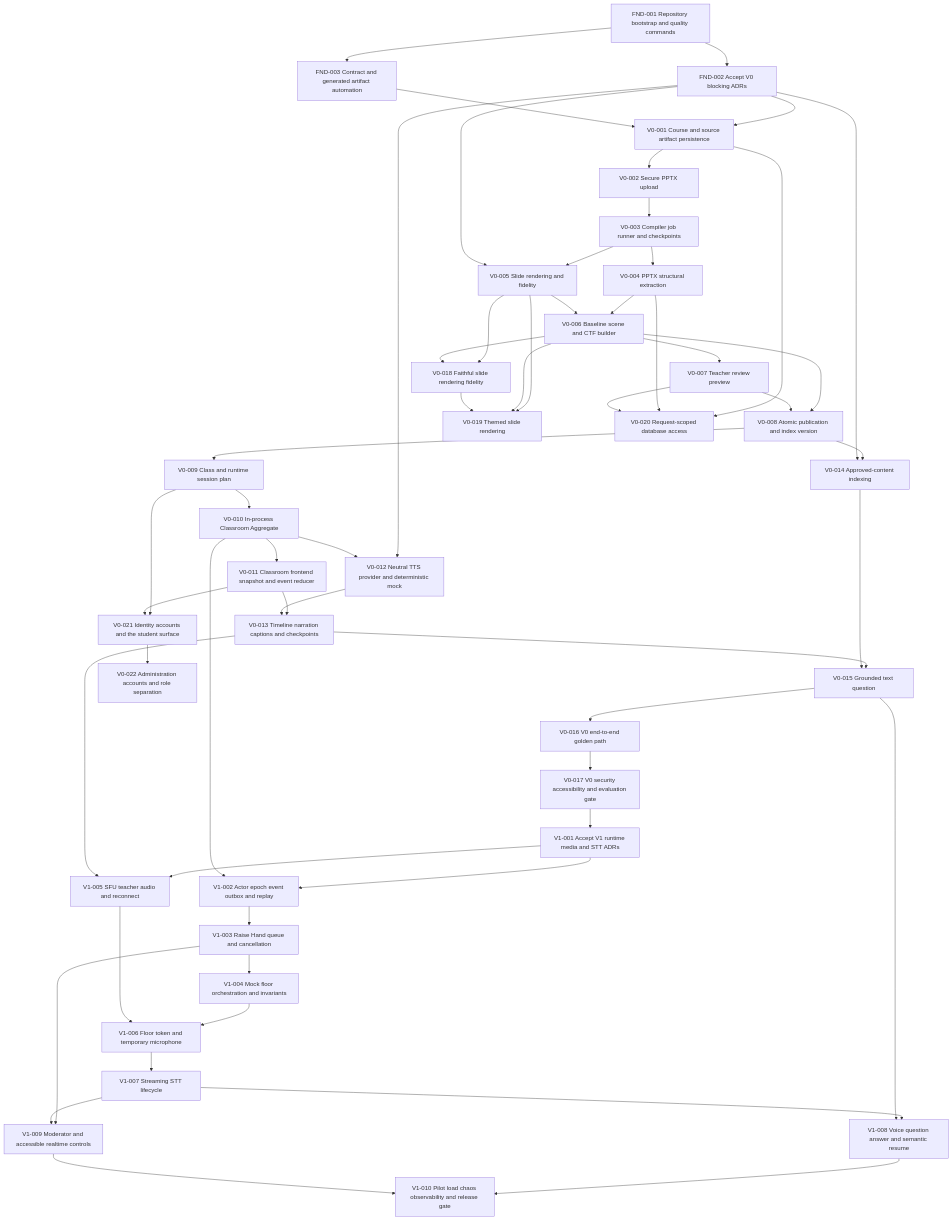
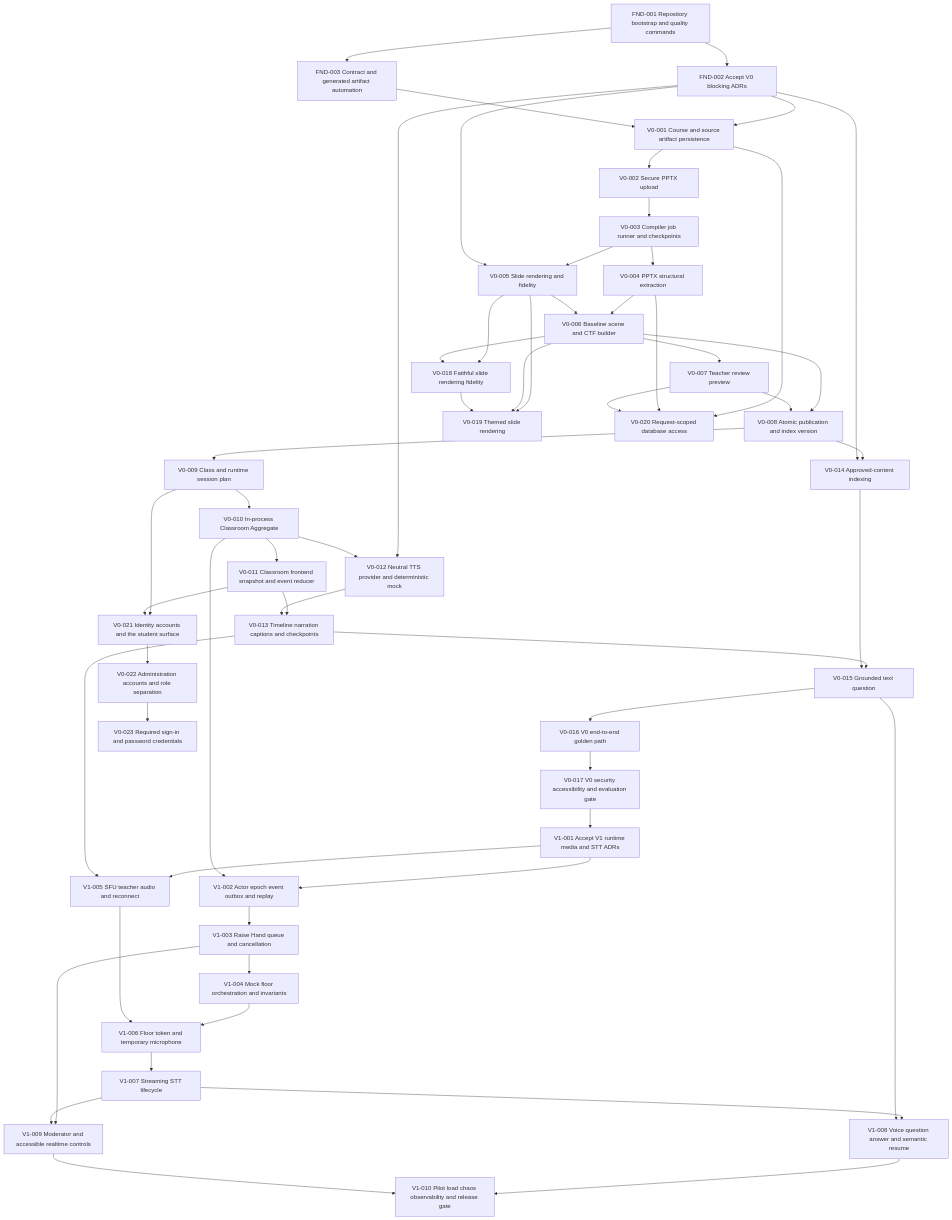
The diagram in tasks/DEPENDENCY_GRAPH.md (dnguyen24498/Mentora), drawn with Mermaid before and after one commit. The commit also changed 60 other files, not shown here.

```diff
--- a/tasks/DEPENDENCY_GRAPH.md
+++ b/tasks/DEPENDENCY_GRAPH.md
@@ -65,6 +65,8 @@
   V0_011 --> V0_021
   V0_022["V0-022 Administration accounts and role separation"]
   V0_021 --> V0_022
+  V0_023["V0-023 Required sign-in and password credentials"]
+  V0_022 --> V0_023
   V1_001["V1-001 Accept V1 runtime media and STT ADRs"]
   V0_017 --> V1_001
   V1_002["V1-002 Actor epoch event outbox and replay"]
```
